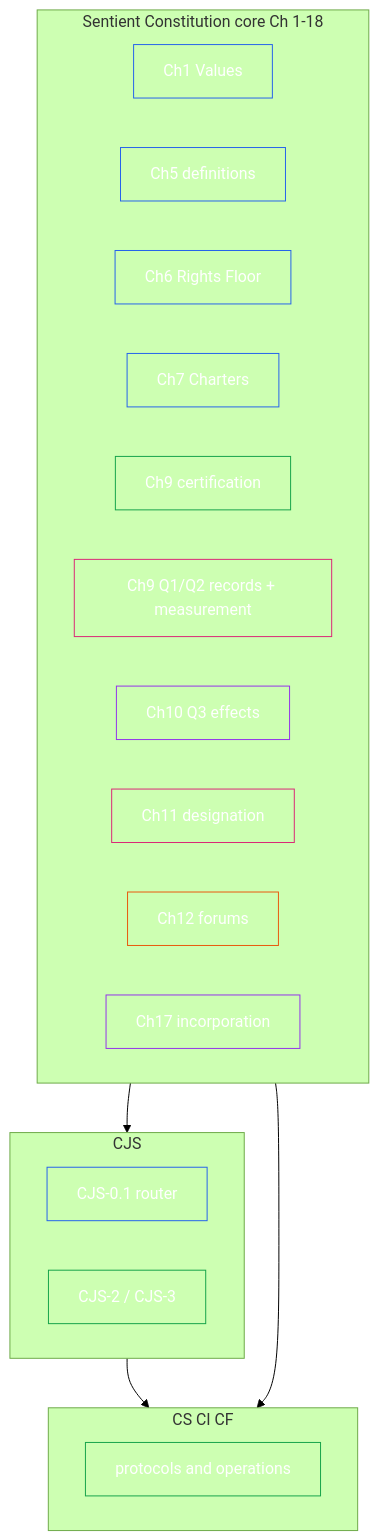
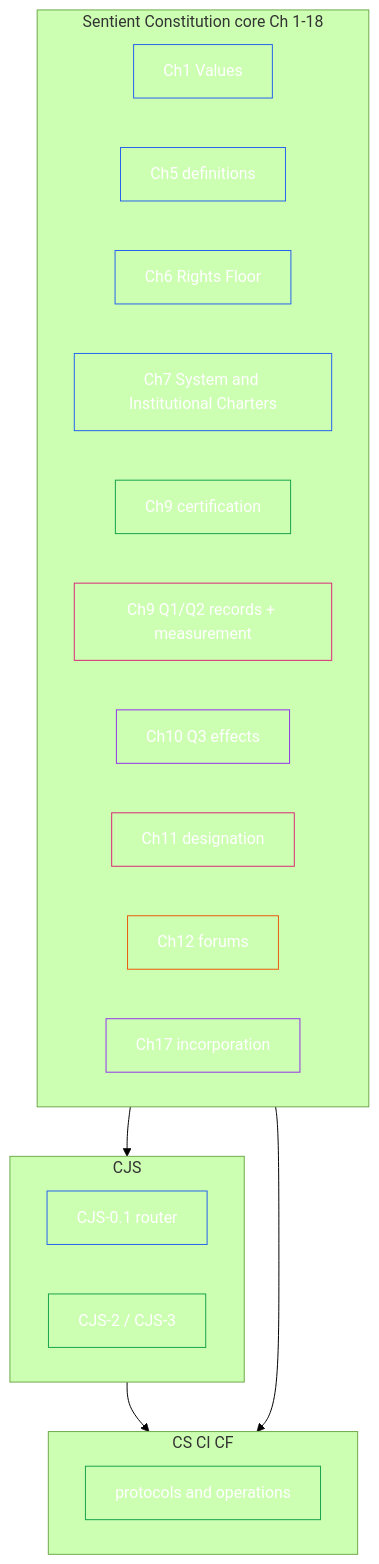
Before and after one commit to kfoelsch/Sentient_Constitution: the second of 2 diagrams in doc_architecture.md, drawn with Mermaid (forest theme). The commit also changed other lines of this file and 86 other files, not shown here.

````diff
--- a/doc_architecture.md
+++ b/doc_architecture.md
@@ -982,37 +984,37 @@
 ```mermaid
 flowchart TB
   subgraph sc [Sentient Constitution core Ch 1-18]
     C1[Ch1 Values]
     C5[Ch5 definitions]
     C6[Ch6 Rights Floor]
-    C6B[Ch7 Charters]
+    C6B[Ch7 System and Institutional Charters]
     C7[Ch9 certification]
     C8[Ch9 Q1/Q2 records + measurement]
     C9[Ch10 Q3 effects]
     C10[Ch11 designation]
     C11[Ch12 forums]
     C16[Ch17 incorporation]
   end
   subgraph cjs [CJS]
     R[CJS-0.1 router]
     P[CJS-2 / CJS-3]
   end
   subgraph impl [CS CI CF]
     OPS[protocols and operations]
   end
   sc --> cjs --> impl
   sc --> impl
   style C1 fill:none,stroke:#2563eb,color:#ffffff
   style C5 fill:none,stroke:#2563eb,color:#ffffff
   style C6 fill:none,stroke:#2563eb,color:#ffffff
   style C6B fill:none,stroke:#2563eb,color:#ffffff
   style C7 fill:none,stroke:#16a34a,color:#ffffff
   style C8 fill:none,stroke:#db2777,color:#ffffff
   style C9 fill:none,stroke:#9333ea,color:#ffffff
   style C10 fill:none,stroke:#db2777,color:#ffffff
   style C11 fill:none,stroke:#ea580c,color:#ffffff
   style C16 fill:none,stroke:#9333ea,color:#ffffff
   style R fill:none,stroke:#2563eb,color:#ffffff
   style P fill:none,stroke:#16a34a,color:#ffffff
   style OPS fill:none,stroke:#16a34a,color:#ffffff
 ```
````
